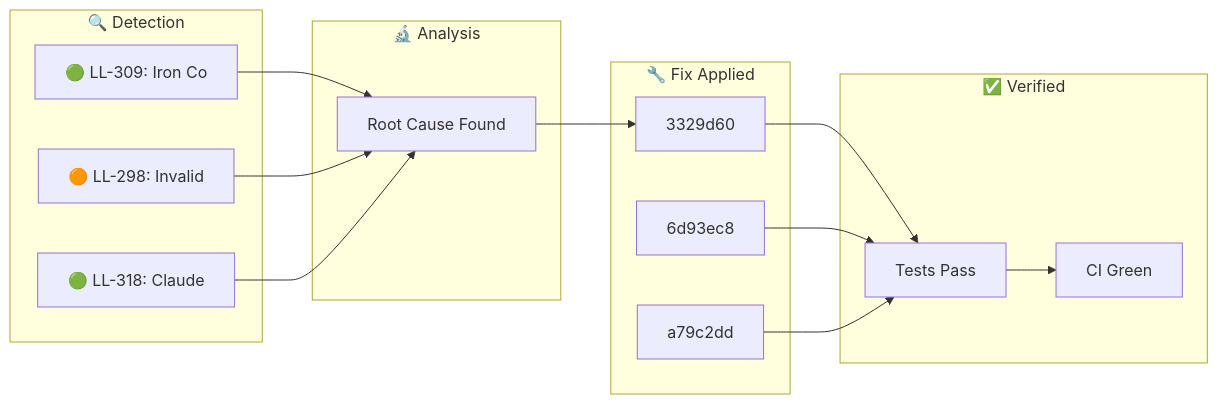
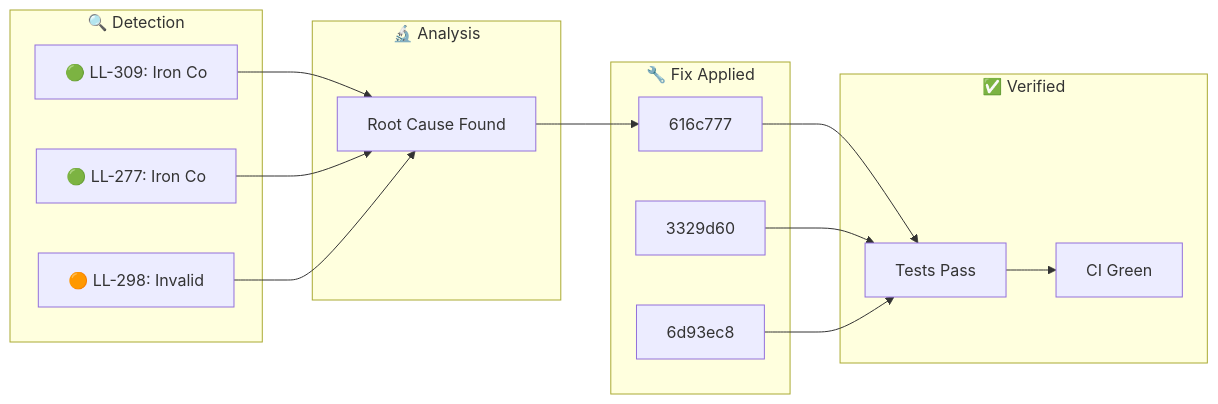
Before and after one commit to YoByron/trading: the diagram in docs/_posts/2026-01-28-ralph-discovery.md, drawn with Mermaid. The commit also changed other lines of this file, not shown here.

````diff
--- a/docs/_posts/2026-01-28-ralph-discovery.md
+++ b/docs/_posts/2026-01-28-ralph-discovery.md
@@ -17,28 +17,28 @@
 ```mermaid
 flowchart LR
     subgraph Detection["🔍 Detection"]
         D1["🟢 LL-309: Iron Co"]
-        D2["🟠 LL-298: Invalid"]
-        D3["🟢 LL-318: Claude "]
+        D2["🟢 LL-277: Iron Co"]
+        D3["🟠 LL-298: Invalid"]
     end
     subgraph Analysis["🔬 Analysis"]
         A1["Root Cause Found"]
     end
     subgraph Fix["🔧 Fix Applied"]
-        F1["3329d60"]
-        F2["6d93ec8"]
-        F3["a79c2dd"]
+        F1["616c777"]
+        F2["3329d60"]
+        F3["6d93ec8"]
     end
     subgraph Verify["✅ Verified"]
         V1["Tests Pass"]
         V2["CI Green"]
     end
     D1 --> A1
     D2 --> A1
     D3 --> A1
     A1 --> F1
     F1 --> V1
     F2 --> V1
     F3 --> V1
     V1 --> V2
 ```
````
